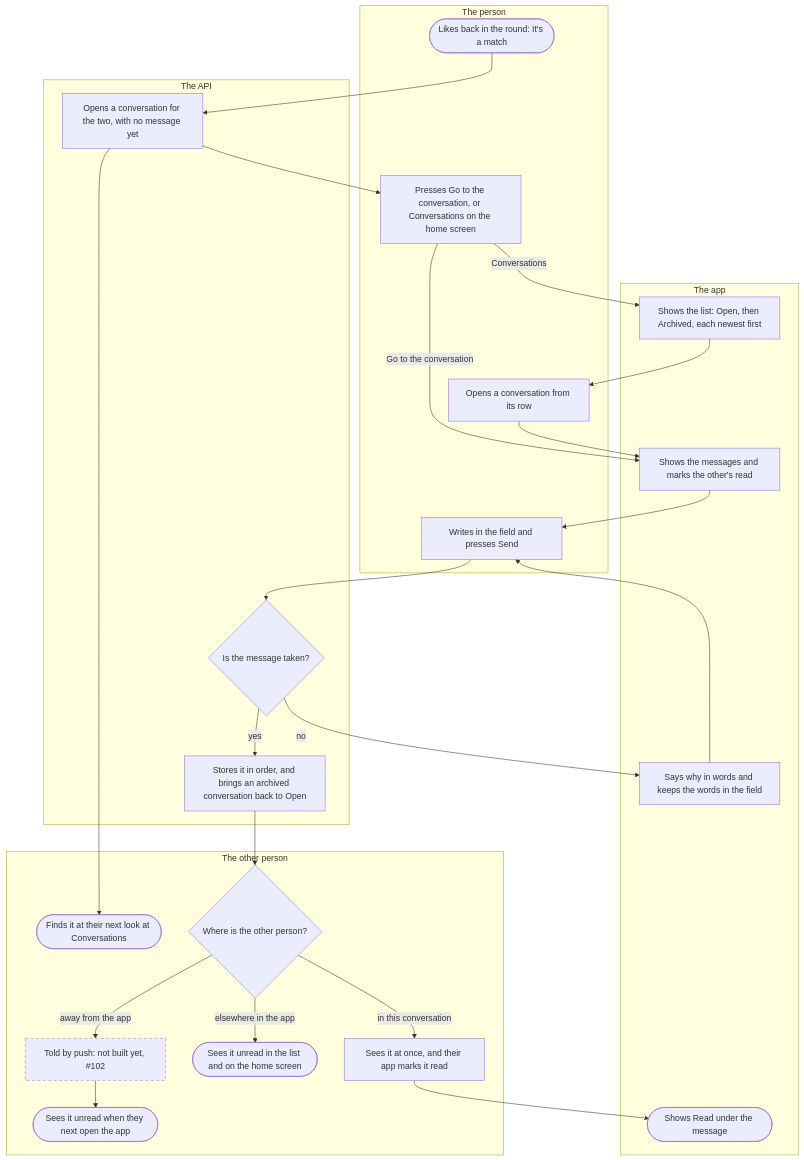
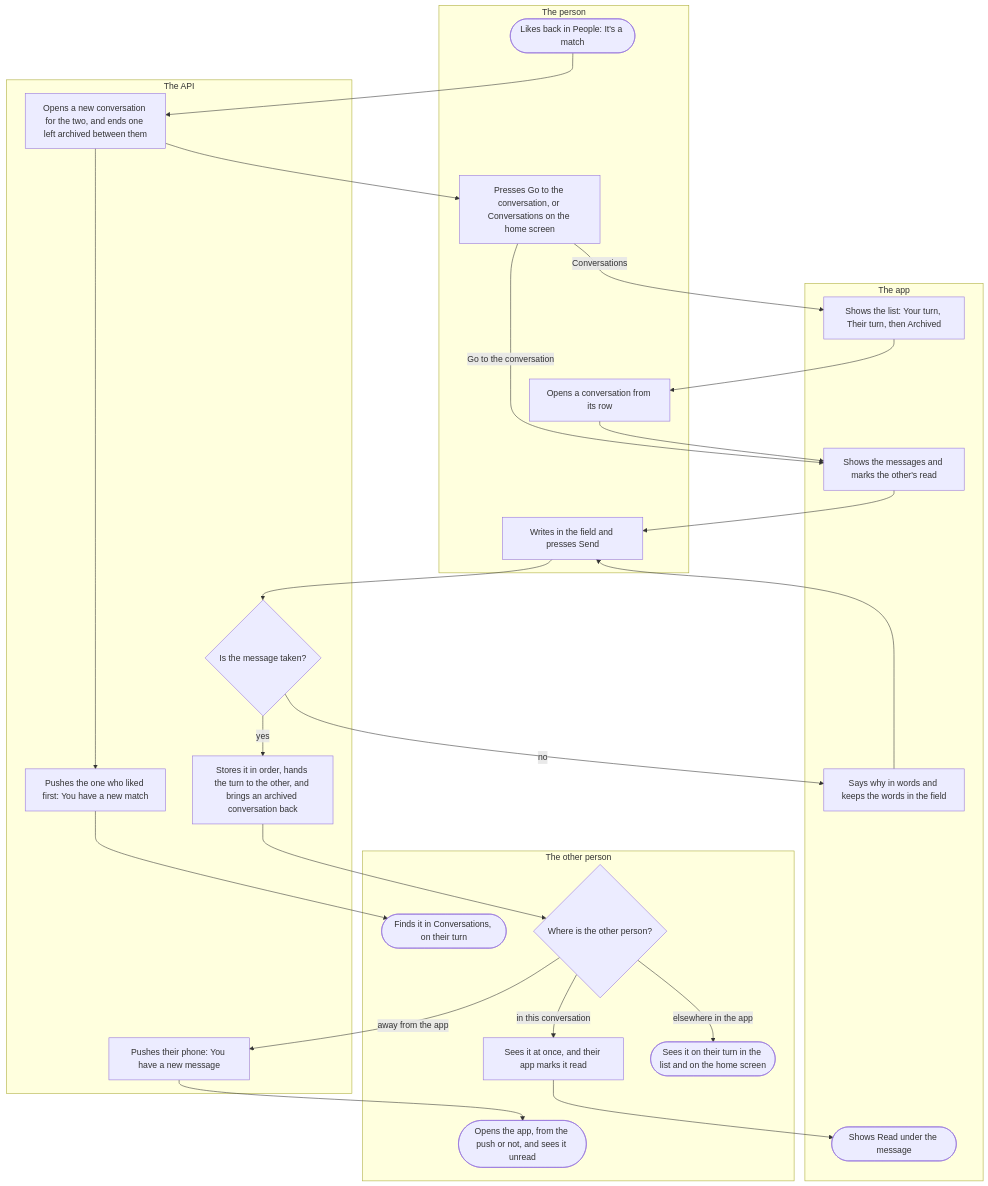
The first of 4 diagrams in docs/flows/chat.md (kuutti-ry/kuutti-app), drawn with Mermaid before and after one commit. The commit also changed other lines of this file and 41 other files, not shown here.

First line of the commit message:
Redraw the user flows against today's main, held by check:docs

````diff
--- a/docs/flows/chat.md
+++ b/docs/flows/chat.md
@@ -7,49 +31,50 @@
 ```mermaid
 flowchart TB
   accTitle: Chat, part 1: from a match to a message
-  accDescr: A match opens a conversation for the two people. The person opens it from the match or from Conversations on the home screen, writes and presses Send. The API refuses a message in words or stores it, and the other person sees it at once in an open conversation, in the list and the home count elsewhere in the app, or at their next return. No push tells a phone whose app is closed yet.
+  accDescr: A like that meets a like in People opens a new conversation for the two, and the one who liked first is pushed that there is a new match. The person opens it from the match or from Conversations on the home screen, writes and presses Send. The API refuses a message in words or stores it, and the other person sees it at once in an open conversation, on their turn in the list elsewhere in the app, or after a push when they are away from it.
   subgraph person["The person"]
-    s1(["Likes back in the round: It's a match"])
-    s4["Presses Go to the conversation, or Conversations on the home screen"]
-    s6["Opens a conversation from its row"]
-    s8["Writes in the field and presses Send"]
+    s1(["Likes back in People: It's a match"])
+    s5["Presses Go to the conversation, or Conversations on the home screen"]
+    s7["Opens a conversation from its row"]
+    s9["Writes in the field and presses Send"]
   end
   subgraph app["The app"]
-    s5["Shows the list: Open, then Archived, each newest first"]
-    s7["Shows the messages and marks the other's read"]
-    s10["Says why in words and keeps the words in the field"]
-    s17(["Shows Read under the message"])
+    s6["Shows the list: Your turn, Their turn, then Archived"]
+    s8["Shows the messages and marks the other's read"]
+    s11["Says why in words and keeps the words in the field"]
+    s18(["Shows Read under the message"])
   end
   subgraph api["The API"]
-    s2["Opens a conversation for the two, with no message yet"]
-    s9{"Is the message taken?"}
-    s11["Stores it in order, and brings an archived conversation back to Open"]
+    s2["Opens a new conversation for the two, and ends one left archived between them"]
+    s3["Pushes the one who liked first: You have a new match"]
+    s10{"Is the message taken?"}
+    s12["Stores it in order, hands the turn to the other, and brings an archived conversation back"]
+    s16["Pushes their phone: You have a new message"]
   end
   subgraph other["The other person"]
-    s3(["Finds it at their next look at Conversations"])
-    s12{"Where is the other person?"}
-    s13["Sees it at once, and their app marks it read"]
-    s14(["Sees it unread in the list and on the home screen"])
-    s15["Told by push: not built yet, #102"]:::notbuilt
-    s16(["Sees it unread when they next open the app"])
+    s4(["Finds it in Conversations, on their turn"])
+    s13{"Where is the other person?"}
+    s14["Sees it at once, and their app marks it read"]
+    s15(["Sees it on their turn in the list and on the home screen"])
+    s17(["Opens the app, from the push or not, and sees it unread"])
   end
   s1 --> s2
   s2 --> s3
-  s2 --> s4
-  s4 -->|"Conversations"| s5
-  s4 -->|"Go to the conversation"| s7
-  s5 --> s6
+  s3 --> s4
+  s2 --> s5
+  s5 -->|"Conversations"| s6
+  s5 -->|"Go to the conversation"| s8
   s6 --> s7
   s7 --> s8
   s8 --> s9
-  s9 -->|"no"| s10
-  s10 --> s8
-  s9 -->|"yes"| s11
-  s11 --> s12
-  s12 -->|"in this conversation"| s13
-  s12 -->|"elsewhere in the app"| s14
-  s12 -->|"away from the app"| s15
-  s15 --> s16
-  s13 --> s17
-  classDef notbuilt stroke-dasharray: 5 5
+  s9 --> s10
+  s10 -->|"no"| s11
+  s11 --> s9
+  s10 -->|"yes"| s12
+  s12 --> s13
+  s13 -->|"in this conversation"| s14
+  s13 -->|"elsewhere in the app"| s15
+  s13 -->|"away from the app"| s16
+  s16 --> s17
+  s14 --> s18
 ```
````
